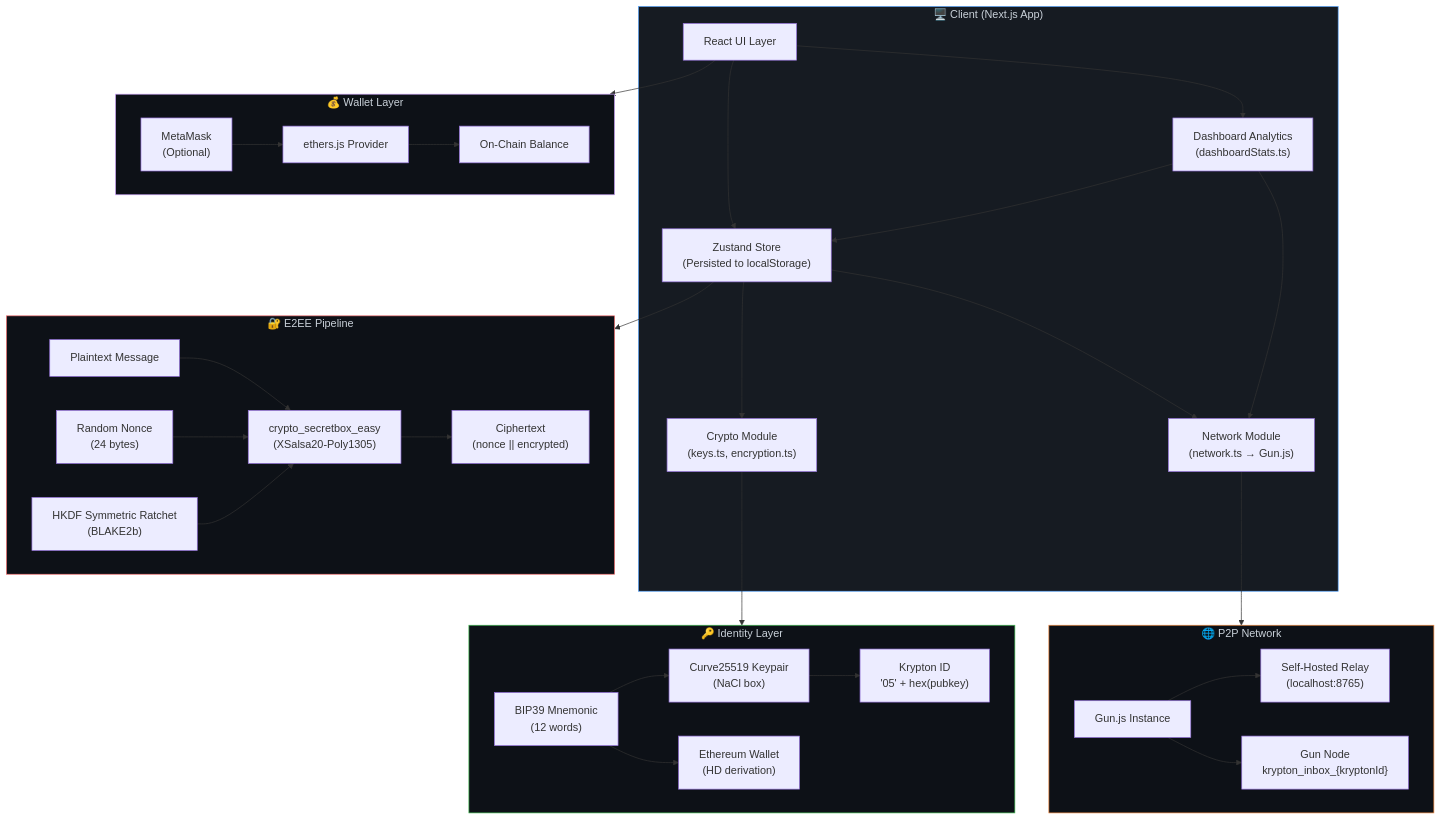
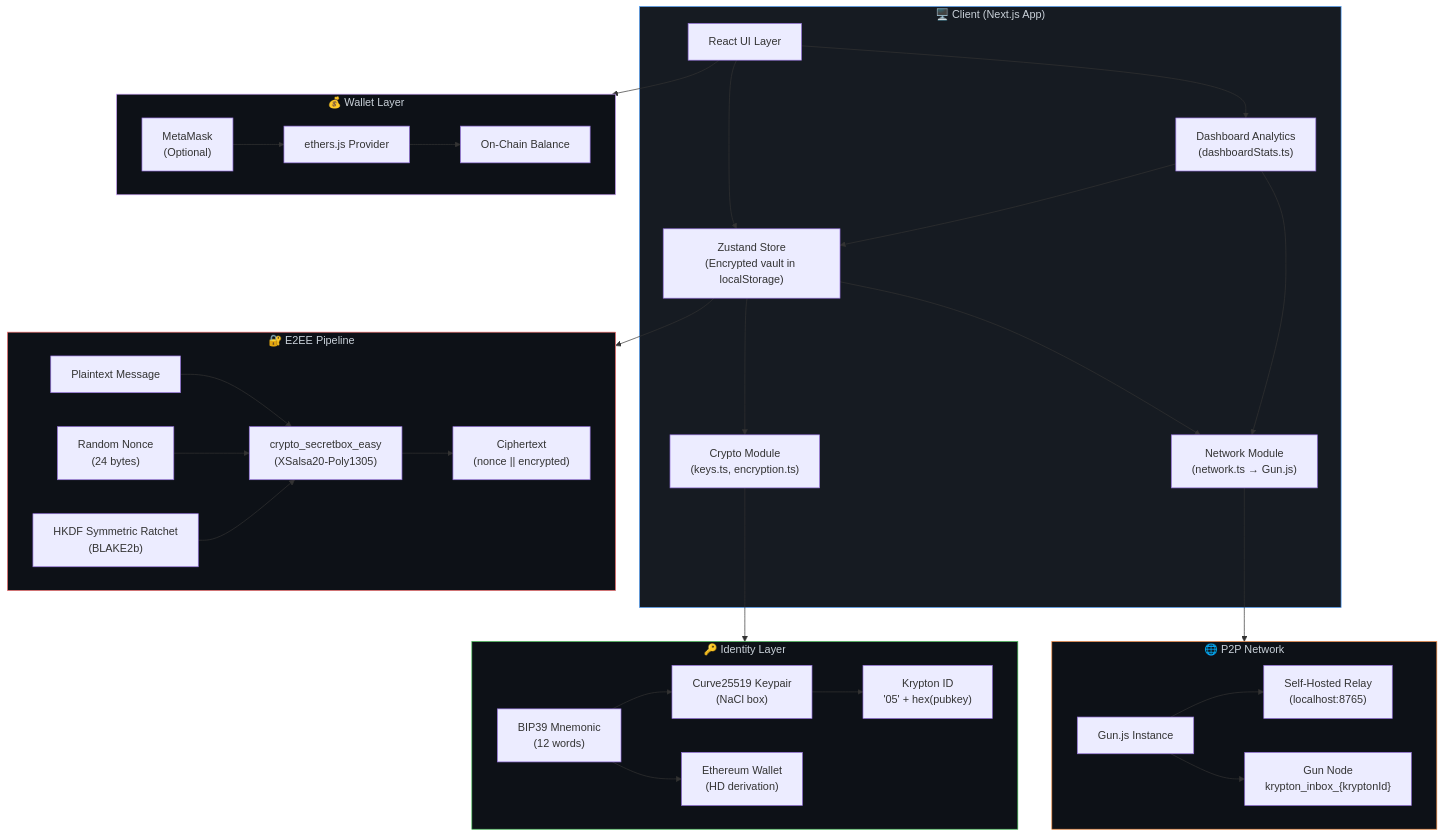
Before and after one commit to SuhasRam356/Krypton_dAPP: the first of 2 diagrams in README.md, drawn with Mermaid. The commit also changed other lines of this file and 44 other files, not shown here.

````diff
--- a/README.md
+++ b/README.md
@@ -122,70 +129,70 @@
 ```mermaid
 graph TB
     subgraph Client["🖥️ Client (Next.js App)"]
         UI["React UI Layer"]
-        Store["Zustand Store<br/>(Persisted to localStorage)"]
+        Store["Zustand Store<br/>(Encrypted vault in localStorage)"]
         Crypto["Crypto Module<br/>(keys.ts, encryption.ts)"]
         Network["Network Module<br/>(network.ts → Gun.js)"]
         Dashboard["Dashboard Analytics<br/>(dashboardStats.ts)"]
 
         UI --> Store
         UI --> Dashboard
         Store --> Crypto
         Store --> Network
         Dashboard --> Store
         Dashboard --> Network
     end
 
     subgraph Identity["🔑 Identity Layer"]
         BIP39["BIP39 Mnemonic<br/>(12 words)"]
         Curve["Curve25519 Keypair<br/>(NaCl box)"]
         ETH["Ethereum Wallet<br/>(HD derivation)"]
         KID["Krypton ID<br/>'05' + hex(pubkey)"]
 
         BIP39 --> Curve
         BIP39 --> ETH
         Curve --> KID
     end
 
     subgraph Encryption["🔐 E2EE Pipeline"]
         Plain["Plaintext Message"]
         Nonce["Random Nonce<br/>(24 bytes)"]
         Ratchet["HKDF Symmetric Ratchet<br/>(BLAKE2b)"]
         SBox["crypto_secretbox_easy<br/>(XSalsa20-Poly1305)"]
         Cipher["Ciphertext<br/>(nonce || encrypted)"]
 
         Plain --> SBox
         Nonce --> SBox
         Ratchet --> SBox
         SBox --> Cipher
     end
 
     subgraph P2P["🌐 P2P Network"]
         Gun["Gun.js Instance"]
         Relay["Self-Hosted Relay<br/>(localhost:8765)"]
         Inbox["Gun Node<br/>krypton_inbox_{kryptonId}"]
 
         Gun --> Relay
         Gun --> Inbox
     end
 
     subgraph Wallet["💰 Wallet Layer"]
         MM["MetaMask<br/>(Optional)"]
         Provider["ethers.js Provider"]
         Balance["On-Chain Balance"]
 
         MM --> Provider
         Provider --> Balance
     end
 
     Crypto --> Identity
     Network --> P2P
     Store --> Encryption
     UI --> Wallet
 
     style Client fill:#161b22,stroke:#58a6ff,color:#c9d1d9
     style Identity fill:#0d1117,stroke:#3fb950,color:#c9d1d9
     style Encryption fill:#0d1117,stroke:#f87171,color:#c9d1d9
     style P2P fill:#0d1117,stroke:#f0883e,color:#c9d1d9
     style Wallet fill:#0d1117,stroke:#d2a8ff,color:#c9d1d9
 ```
````
